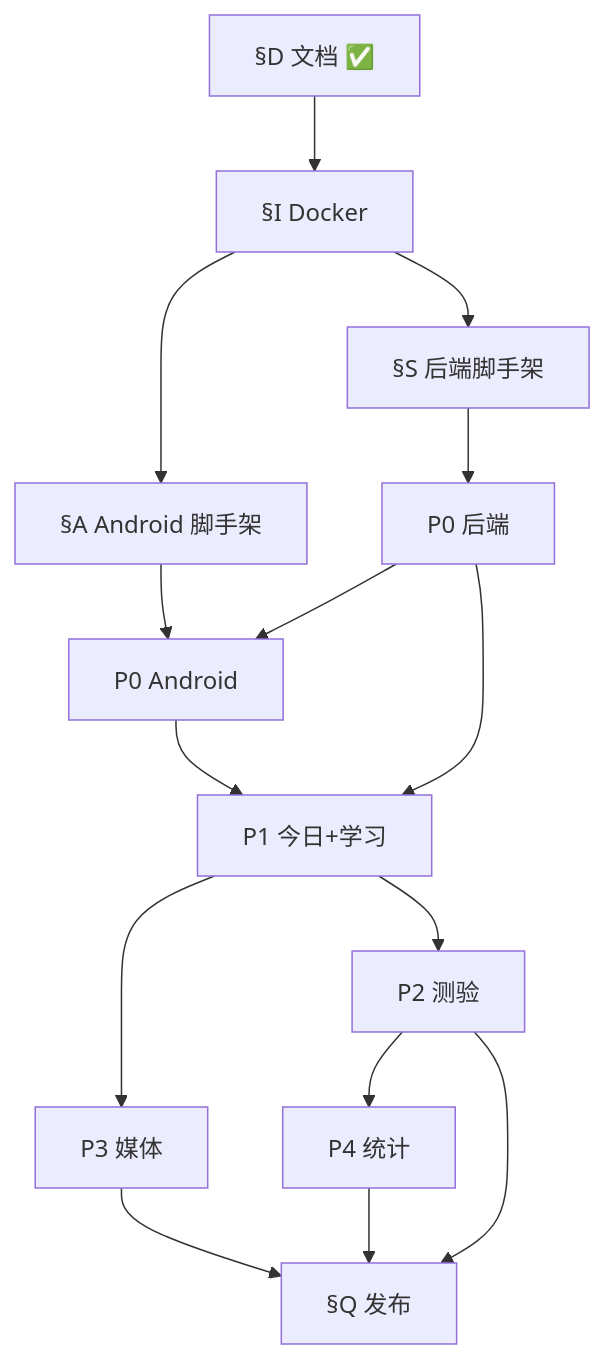
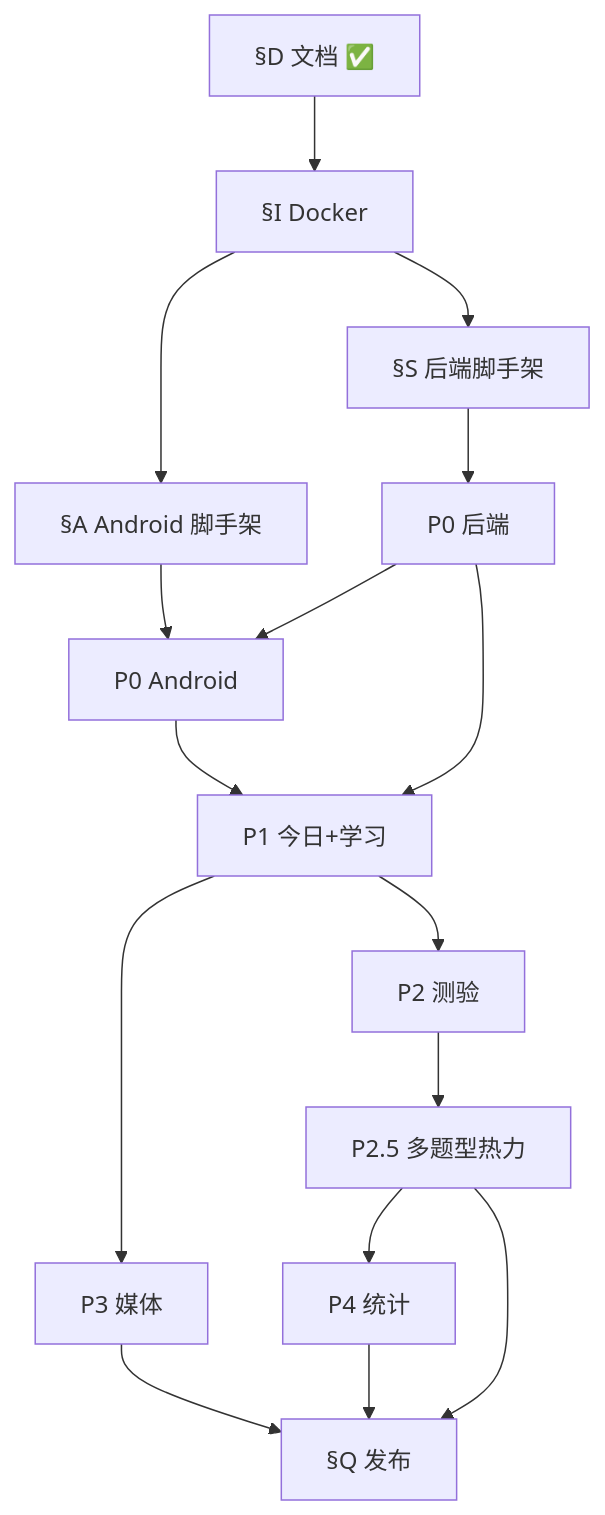
One commit to Co-So/word-flip changed the diagram in TASK.md. Above: the diagram before and after it, drawn with Mermaid. The commit also changed other lines of this file and 132 other files, not shown here.

````diff
--- a/TASK.md
+++ b/TASK.md
@@ -464,17 +486,18 @@
 ```mermaid
 flowchart TD
   D[§D 文档 ✅] --> I[§I Docker]
   I --> S[§S 后端脚手架]
   I --> A[§A Android 脚手架]
   S --> P0B[P0 后端]
   A --> P0A[P0 Android]
   P0B --> P0A
   P0A --> P1[P1 今日+学习]
   P0B --> P1
   P1 --> P2[P2 测验]
-  P2 --> P4[P4 统计]
+  P2 --> P25[P2.5 多题型热力]
+  P25 --> P4[P4 统计]
   P1 --> P3[P3 媒体]
   P3 --> Q[§Q 发布]
   P4 --> Q
-  P2 --> Q
+  P25 --> Q
 ```
````
